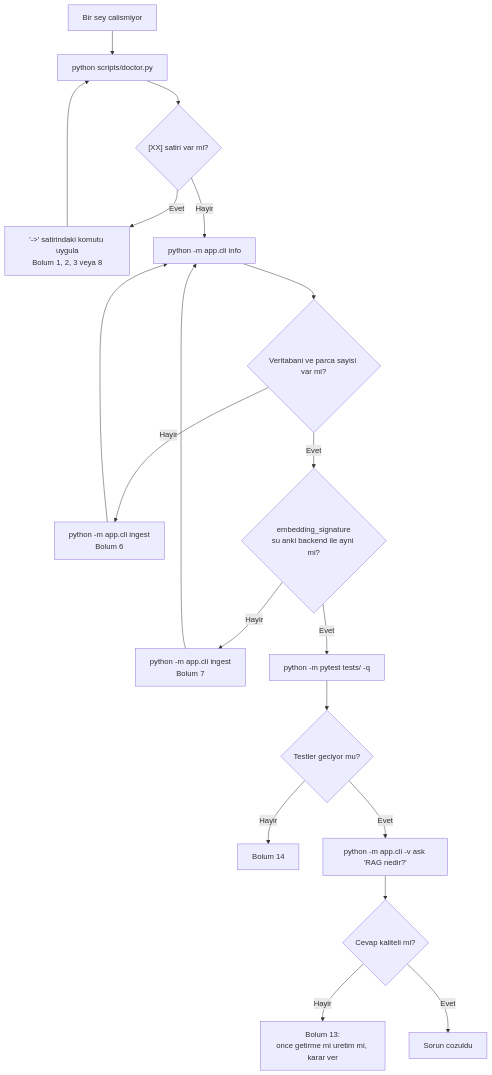
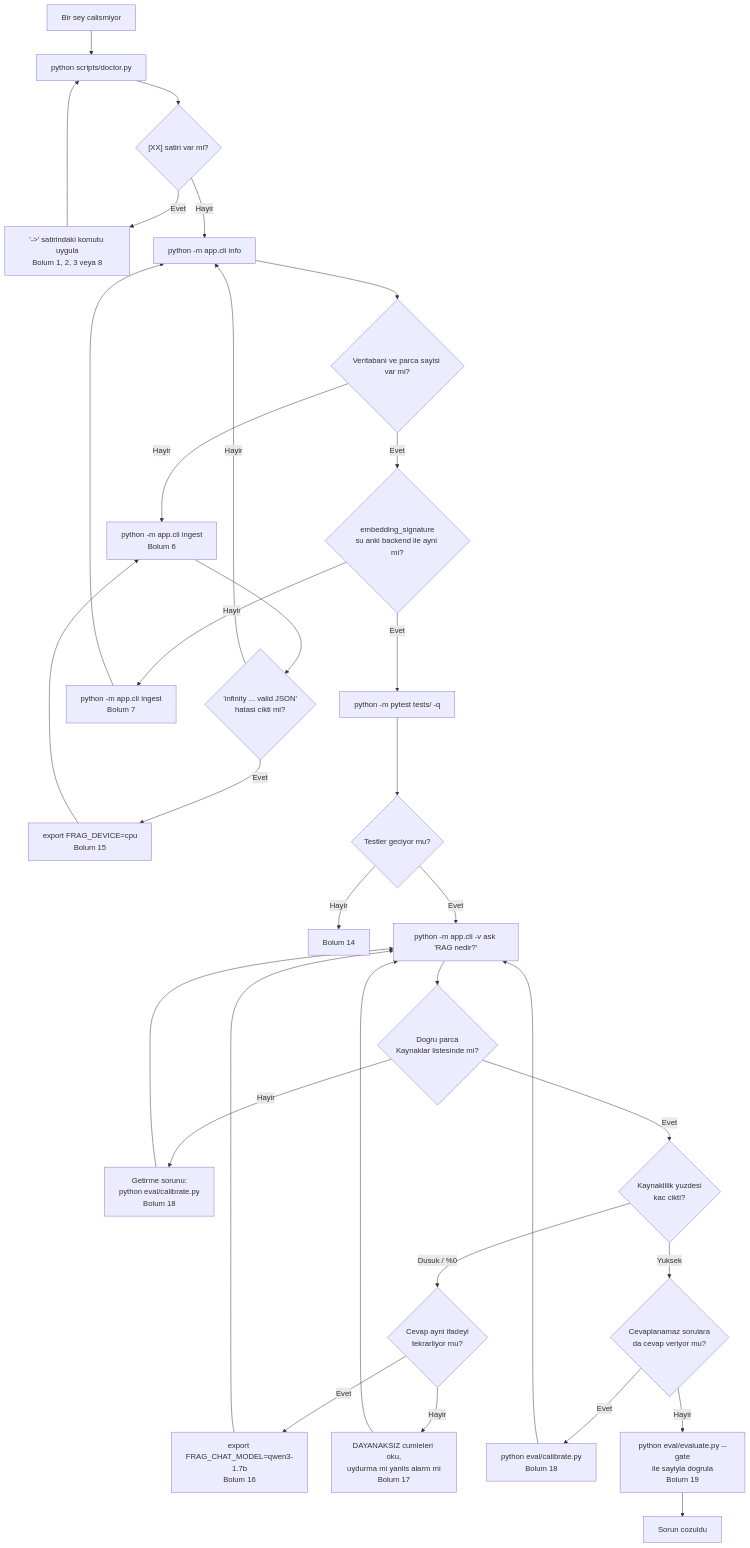
One commit to cebi101/foundry-local-rag changed the diagram in docs/TROUBLESHOOTING.md. Above: the diagram before and after it, drawn with Mermaid. The commit also changed other lines of this file and 17 other files, not shown here.

````diff
--- a/docs/TROUBLESHOOTING.md
+++ b/docs/TROUBLESHOOTING.md
@@ -1157,21 +1783,35 @@
 ```mermaid
 flowchart TD
     A[Bir sey calismiyor] --> B["python scripts/doctor.py"]
     B --> C{"[XX] satiri var mi?"}
     C -- Evet --> D["'->' satirindaki komutu uygula<br/>Bolum 1, 2, 3 veya 8"]
     D --> B
     C -- Hayir --> E["python -m app.cli info"]
     E --> F{"Veritabani ve parca sayisi var mi?"}
     F -- Hayir --> G["python -m app.cli ingest<br/>Bolum 6"]
-    G --> E
+    G --> G3{"'infinity ... valid JSON'<br/>hatasi cikti mi?"}
+    G3 -- Evet --> G4["export FRAG_DEVICE=cpu<br/>Bolum 15"]
+    G4 --> G
+    G3 -- Hayir --> E
     F -- Evet --> H{"embedding_signature<br/>su anki backend ile ayni mi?"}
     H -- Hayir --> G2["python -m app.cli ingest<br/>Bolum 7"]
     G2 --> E
     H -- Evet --> I["python -m pytest tests/ -q"]
     I --> J{"Testler geciyor mu?"}
     J -- Hayir --> K["Bolum 14"]
     J -- Evet --> L["python -m app.cli -v ask 'RAG nedir?'"]
-    L --> M{"Cevap kaliteli mi?"}
-    M -- Hayir --> N["Bolum 13:<br/>once getirme mi uretim mi, karar ver"]
-    M -- Evet --> O["Sorun cozuldu"]
+    L --> M{"Dogru parca<br/>Kaynaklar listesinde mi?"}
+    M -- Hayir --> N["Getirme sorunu:<br/>python eval/calibrate.py<br/>Bolum 18"]
+    N --> L
+    M -- Evet --> P{"Kaynaklilik yuzdesi<br/>kac cikti?"}
+    P -- "Dusuk / %0" --> Q{"Cevap ayni ifadeyi<br/>tekrarliyor mu?"}
+    Q -- Evet --> R["export FRAG_CHAT_MODEL=qwen3-1.7b<br/>Bolum 16"]
+    R --> L
+    Q -- Hayir --> S["DAYANAKSIZ cumleleri oku,<br/>uydurma mi yanlis alarm mi<br/>Bolum 17"]
+    S --> L
+    P -- "Yuksek" --> T{"Cevaplanamaz sorulara<br/>da cevap veriyor mu?"}
+    T -- Evet --> U["python eval/calibrate.py<br/>Bolum 18"]
+    U --> L
+    T -- Hayir --> V["python eval/evaluate.py --gate<br/>ile sayiyla dogrula<br/>Bolum 19"]
+    V --> W["Sorun cozuldu"]
 ```
````
